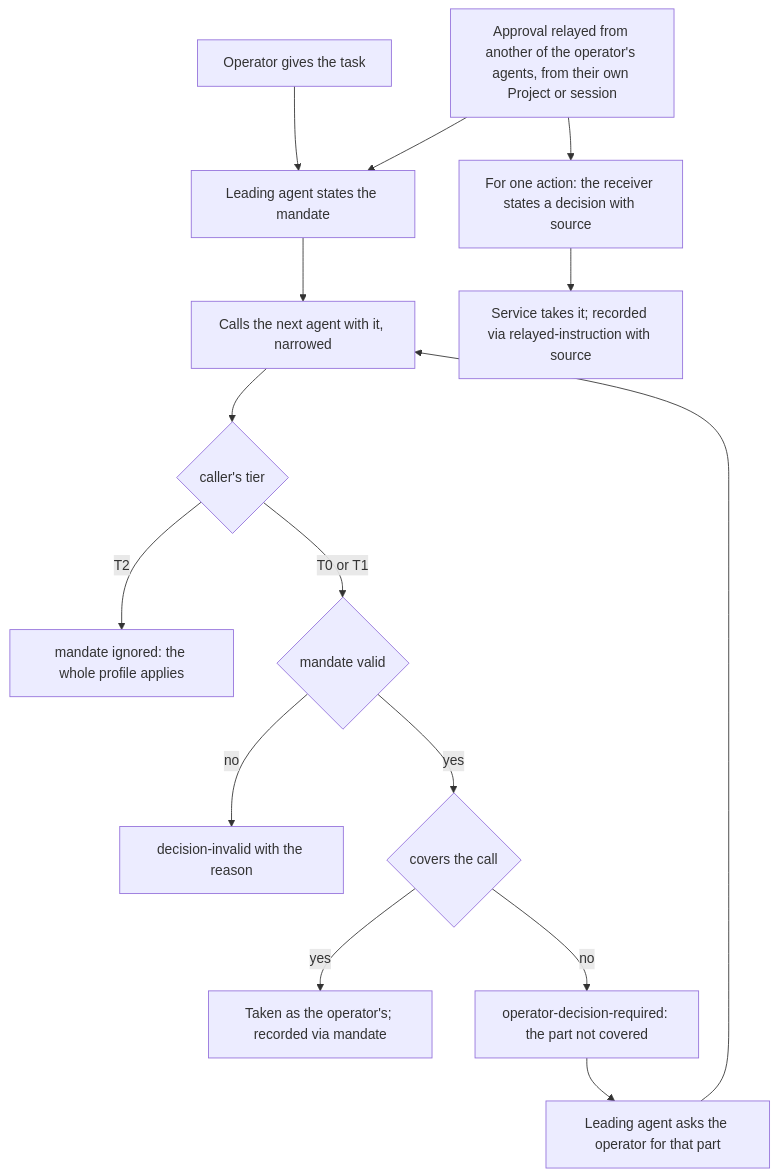
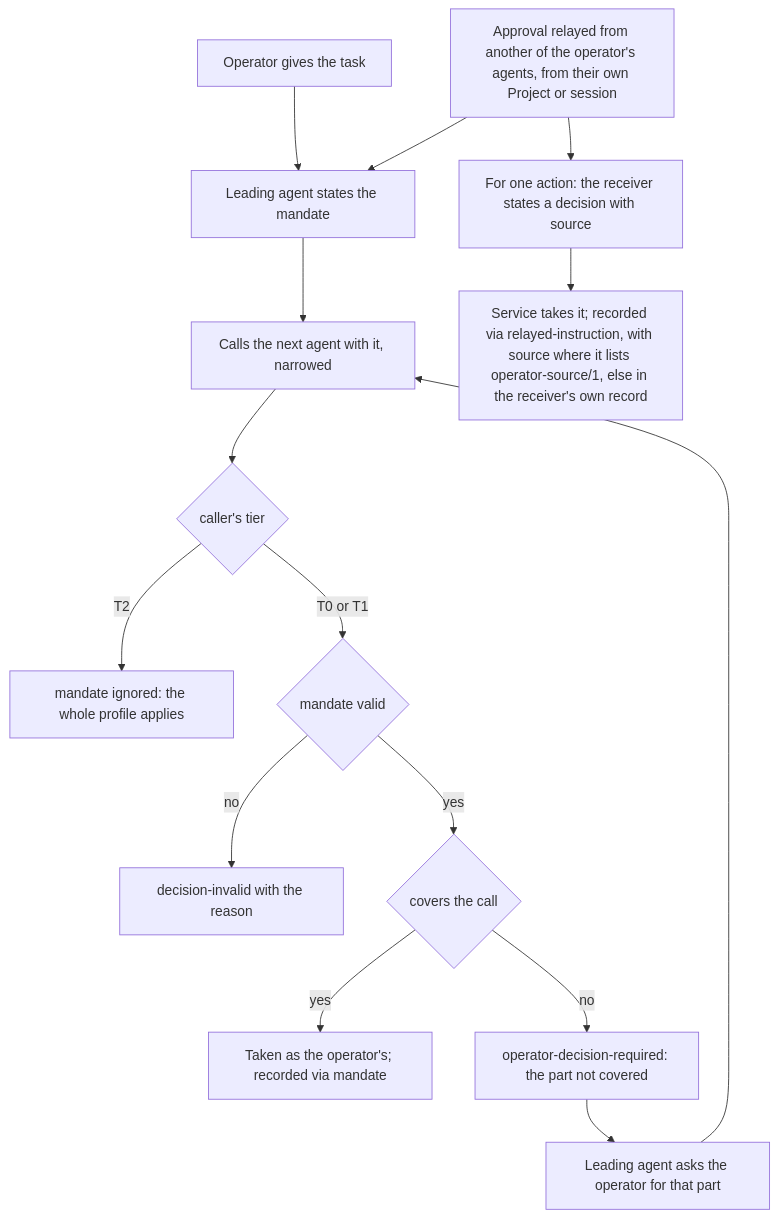
Diagram 31 of 31 in docs/ux/flows.md (passioncode-ai/fabric-agent-contract), drawn with Mermaid before and after one commit.

Commit message:
FLW-31: the service records source only where it lists operator-source/1 (OA-7)

````diff
--- a/docs/ux/flows.md
+++ b/docs/ux/flows.md
@@ -775,17 +775,17 @@
 ```mermaid
 flowchart TD
   O[Operator gives the task] --> L[Leading agent states the mandate]
   R[Approval relayed from another of the operator's agents, from their own Project or session] --> L
   R --> D[For one action: the receiver states a decision with source]
-  D --> S[Service takes it; recorded via relayed-instruction with source]
+  D --> S[Service takes it; recorded via relayed-instruction, with source where it lists operator-source/1, else in the receiver's own record]
   L --> C[Calls the next agent with it, narrowed]
   C --> T{caller's tier}
   T -->|T2| X[mandate ignored: the whole profile applies]
   T -->|T0 or T1| V{mandate valid}
   V -->|no| I[decision-invalid with the reason]
   V -->|yes| K{covers the call}
   K -->|yes| A[Taken as the operator's; recorded via mandate]
   K -->|no| Q[operator-decision-required: the part not covered]
   Q --> P[Leading agent asks the operator for that part]
   P --> C
 ```
````
